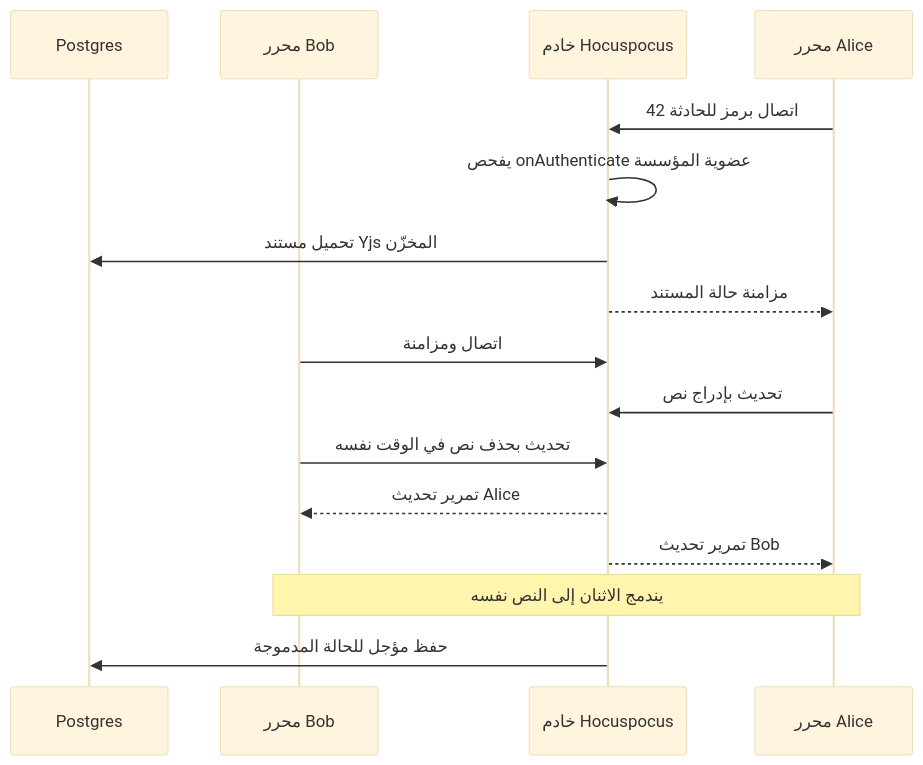
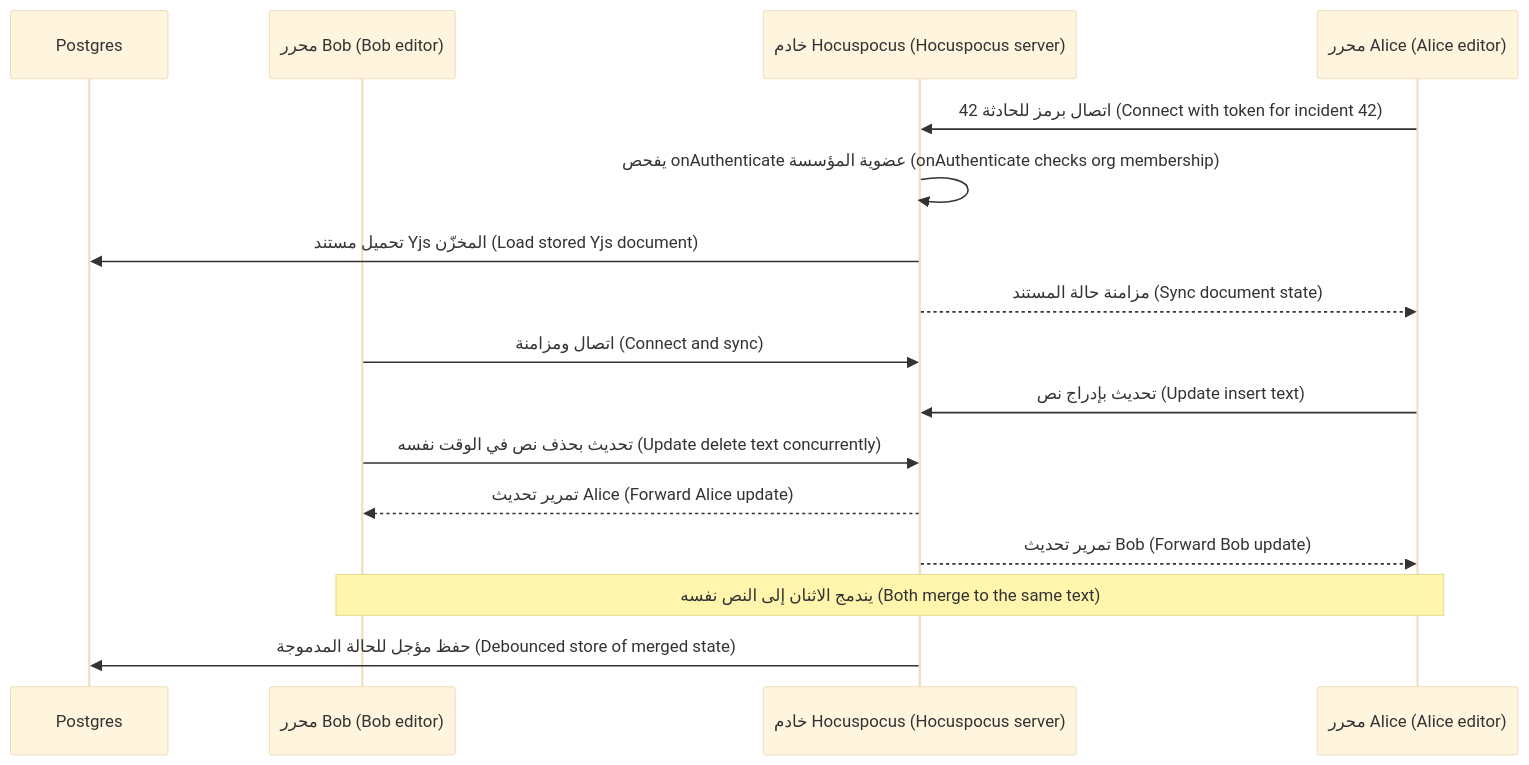
One commit to Tamoura/system-design-for-vibe-coders changed the sixth of 6 diagrams in saas/modules/04-communication.ar.md. Above: the diagram before and after it, drawn with Mermaid (base theme). The commit also changed other lines of this file and 62 other files, not shown here.

First line of the commit message:
Arabic editions: English on every diagram label, RTL fixes, rebuild

````diff
--- a/saas/modules/04-communication.ar.md
+++ b/saas/modules/04-communication.ar.md
@@ -701,18 +701,18 @@
 ```mermaid
 sequenceDiagram
     participant DB as Postgres
-    participant B as محرر Bob
-    participant H as خادم Hocuspocus
-    participant A as محرر Alice
-    A->>H: اتصال برمز للحادثة 42
-    H->>H: يفحص onAuthenticate عضوية المؤسسة
-    H->>DB: تحميل مستند Yjs المخزّن
-    H-->>A: مزامنة حالة المستند
-    B->>H: اتصال ومزامنة
-    A->>H: تحديث بإدراج نص
-    B->>H: تحديث بحذف نص في الوقت نفسه
-    H-->>B: تمرير تحديث Alice
-    H-->>A: تمرير تحديث Bob
-    Note over A,B: يندمج الاثنان إلى النص نفسه
-    H->>DB: حفظ مؤجل للحالة المدموجة
+    participant B as محرر Bob (Bob editor)
+    participant H as خادم Hocuspocus (Hocuspocus server)
+    participant A as محرر Alice (Alice editor)
+    A->>H: اتصال برمز للحادثة 42 (Connect with token for incident 42)
+    H->>H: يفحص onAuthenticate عضوية المؤسسة (onAuthenticate checks org membership)
+    H->>DB: تحميل مستند Yjs المخزّن (Load stored Yjs document)
+    H-->>A: مزامنة حالة المستند (Sync document state)
+    B->>H: اتصال ومزامنة (Connect and sync)
+    A->>H: تحديث بإدراج نص (Update insert text)
+    B->>H: تحديث بحذف نص في الوقت نفسه (Update delete text concurrently)
+    H-->>B: تمرير تحديث Alice (Forward Alice update)
+    H-->>A: تمرير تحديث Bob (Forward Bob update)
+    Note over A,B: يندمج الاثنان إلى النص نفسه (Both merge to the same text)
+    H->>DB: حفظ مؤجل للحالة المدموجة (Debounced store of merged state)
 ```
````
